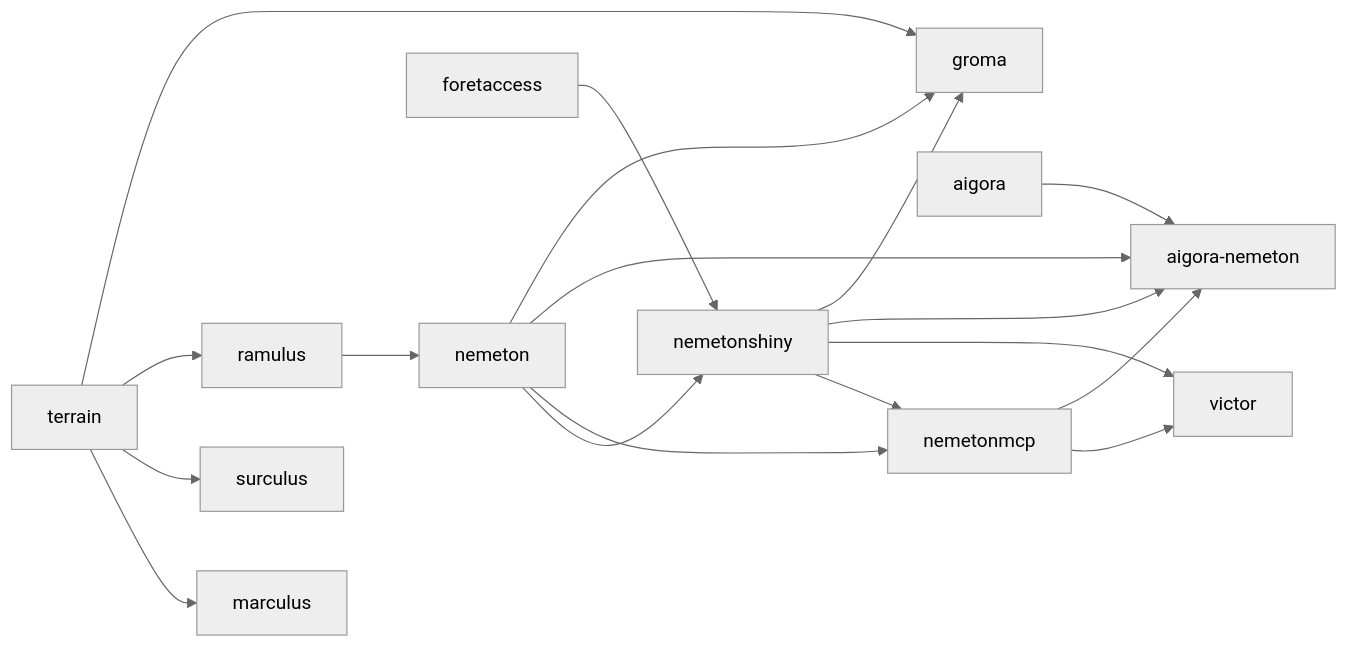
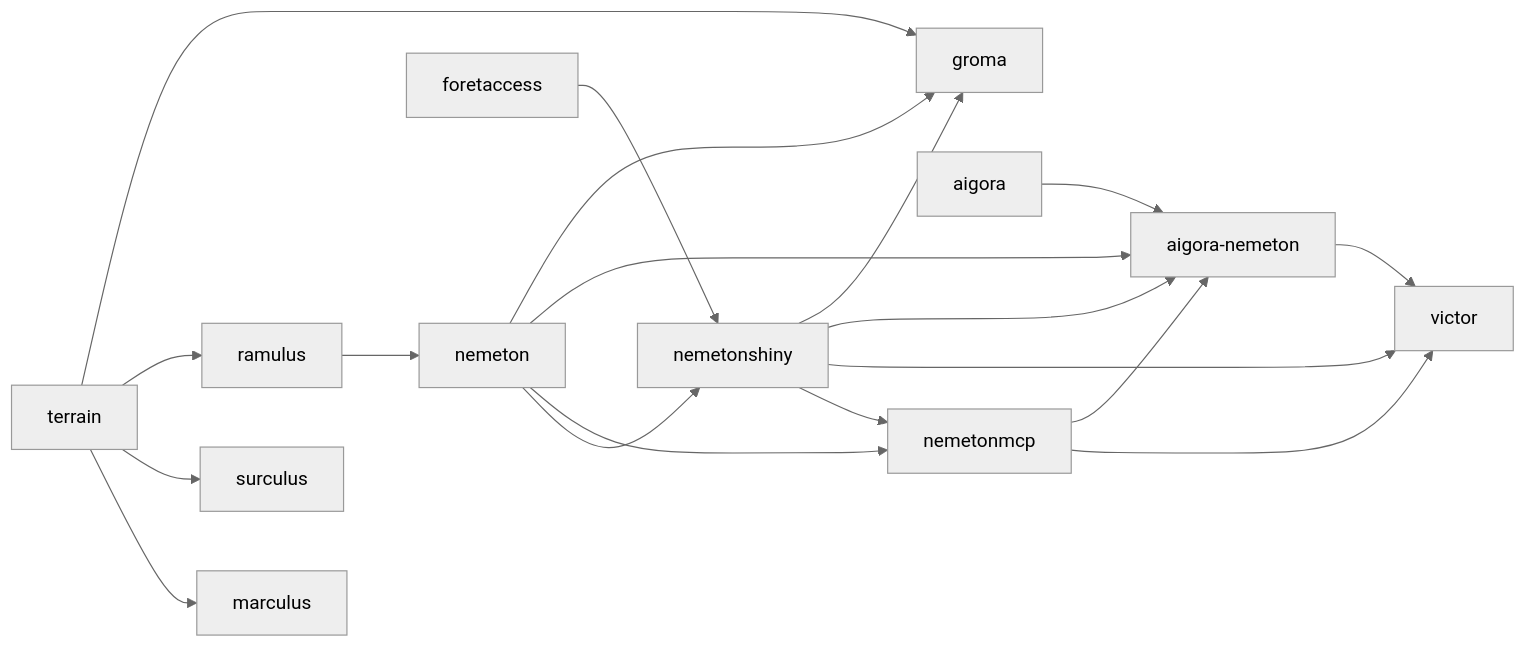
One commit to pobsteta/nemetonplateform changed the diagram in docs/carte-dependances.md. Above: the diagram before and after it, drawn with Mermaid (neutral theme). The commit also changed other lines of this file and 2 other files, not shown here.

First line of the commit message:
lien victor ← aigora-nemeton : inversé et confirmé ; carte toute confirmée

````diff
--- a/docs/carte-dependances.md
+++ b/docs/carte-dependances.md
@@ -47,20 +47,21 @@
 ```mermaid
 flowchart LR
   nemeton --> nemetonshiny
   foretaccess --> nemetonshiny
   nemeton --> nemetonmcp
   nemetonshiny --> nemetonmcp
   nemetonshiny --> victor
   nemetonmcp --> victor
+  aigora_nemeton --> victor
   nemetonmcp --> aigora_nemeton[aigora-nemeton]
   nemetonshiny --> aigora_nemeton
   nemeton --> aigora_nemeton
   aigora --> aigora_nemeton
   terrain --> marculus
   terrain --> surculus
   terrain --> ramulus
   terrain --> groma
   ramulus --> nemeton
   nemeton --> groma
   nemetonshiny --> groma
 ```
````
